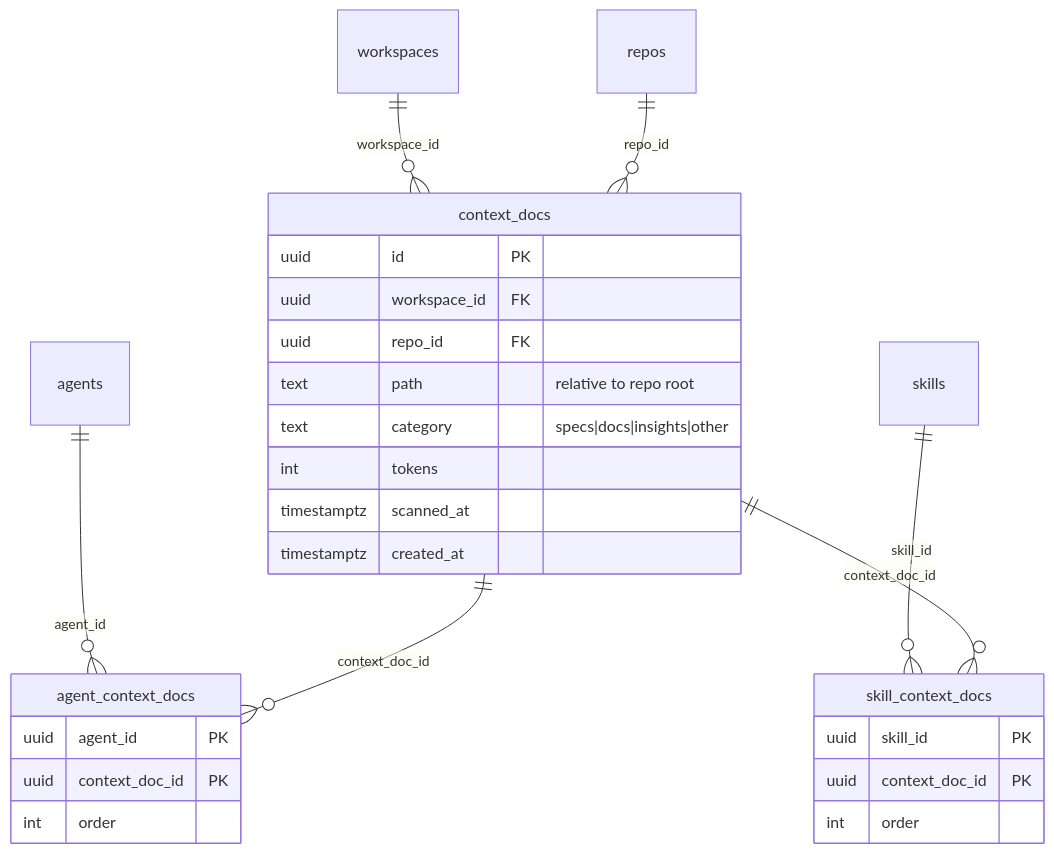
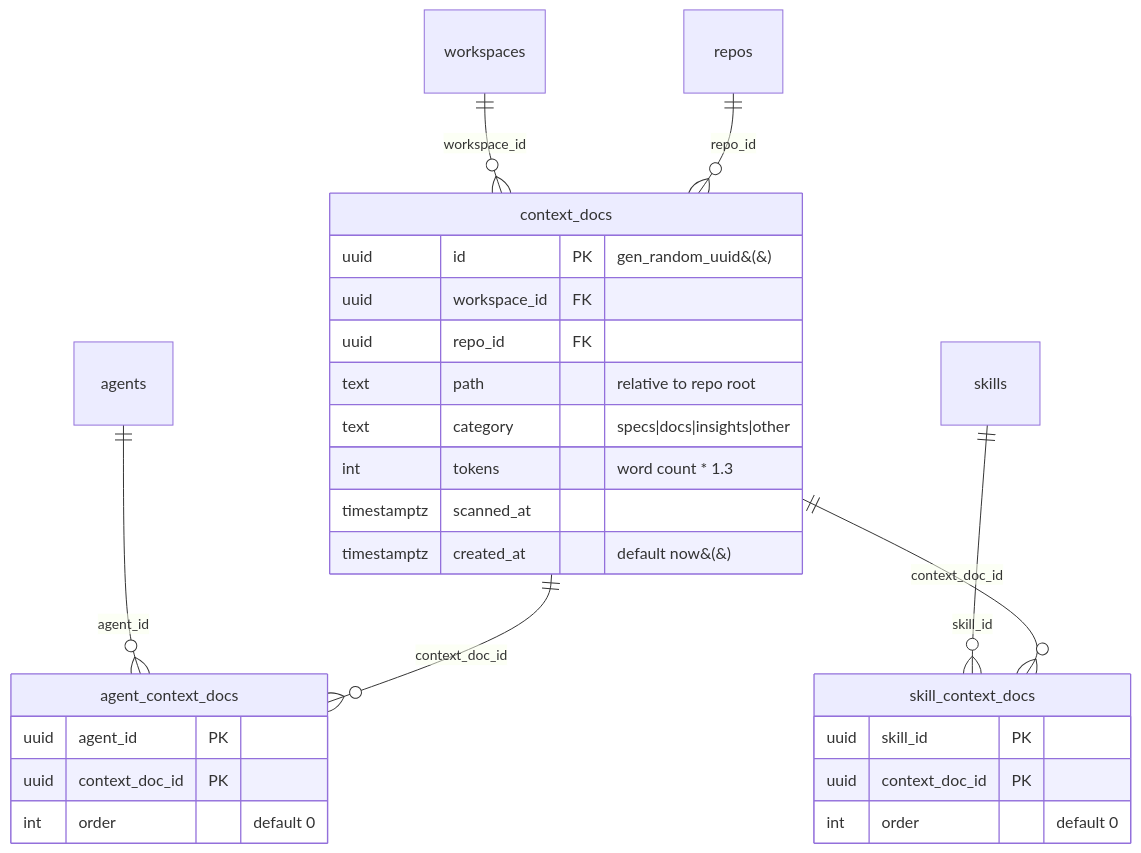
Before and after one commit to IevgenKuznetsov/dev-digest: the second of 5 diagrams in server/docs/ProjectContext/README.md, drawn with Mermaid. The commit also changed other lines of this file and 18 other files, not shown here.

````diff
--- a/server/docs/ProjectContext/README.md
+++ b/server/docs/ProjectContext/README.md
@@ -112,29 +144,29 @@
 ```mermaid
 erDiagram
     workspaces ||--o{ context_docs : "workspace_id"
     repos ||--o{ context_docs : "repo_id"
     context_docs {
-        uuid id PK
+        uuid id PK "gen_random_uuid&#40;&#41;"
         uuid workspace_id FK
         uuid repo_id FK
         text path "relative to repo root"
         text category "specs|docs|insights|other"
-        int tokens
+        int tokens "word count * 1.3"
         timestamptz scanned_at
-        timestamptz created_at
+        timestamptz created_at "default now&#40;&#41;"
     }
     agents ||--o{ agent_context_docs : "agent_id"
     context_docs ||--o{ agent_context_docs : "context_doc_id"
     agent_context_docs {
         uuid agent_id PK
         uuid context_doc_id PK
-        int order
+        int order "default 0"
     }
     skills ||--o{ skill_context_docs : "skill_id"
     context_docs ||--o{ skill_context_docs : "context_doc_id"
     skill_context_docs {
         uuid skill_id PK
         uuid context_doc_id PK
-        int order
+        int order "default 0"
     }
 ```
````
